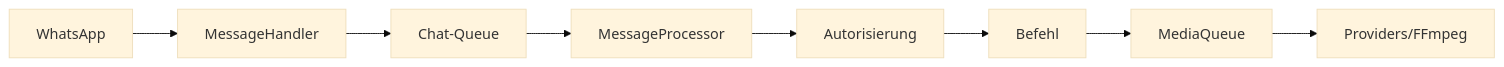
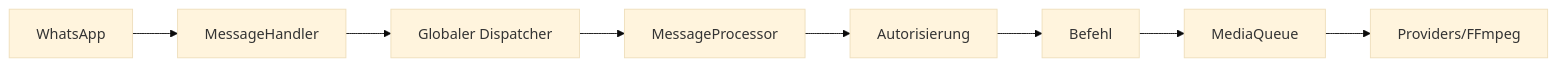
Before and after one commit to hiudyy/misa: the diagram in docs/de/architecture.md, drawn with Mermaid (base theme). The commit also changed other lines of this file and 72 other files, not shown here.

````diff
--- a/docs/de/architecture.md
+++ b/docs/de/architecture.md
@@ -6,10 +6,10 @@
 ```mermaid
 flowchart LR
  WA[WhatsApp] --> MH[MessageHandler]
- MH --> CQ[Chat-Queue]
+ MH --> CQ[Globaler Dispatcher]
  CQ --> MP[MessageProcessor]
  MP --> A[Autorisierung]
  A --> C[Befehl]
  C --> MQ[MediaQueue]
  MQ --> P[Providers/FFmpeg]
 ```
````
